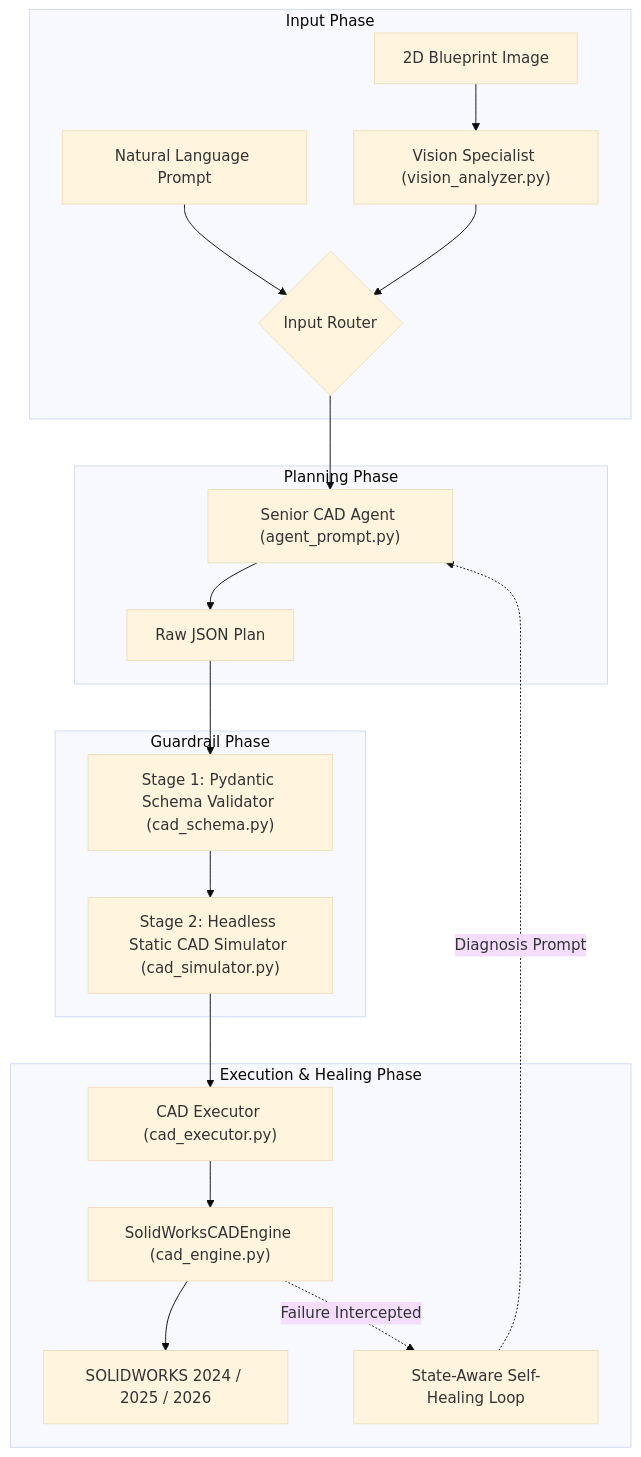
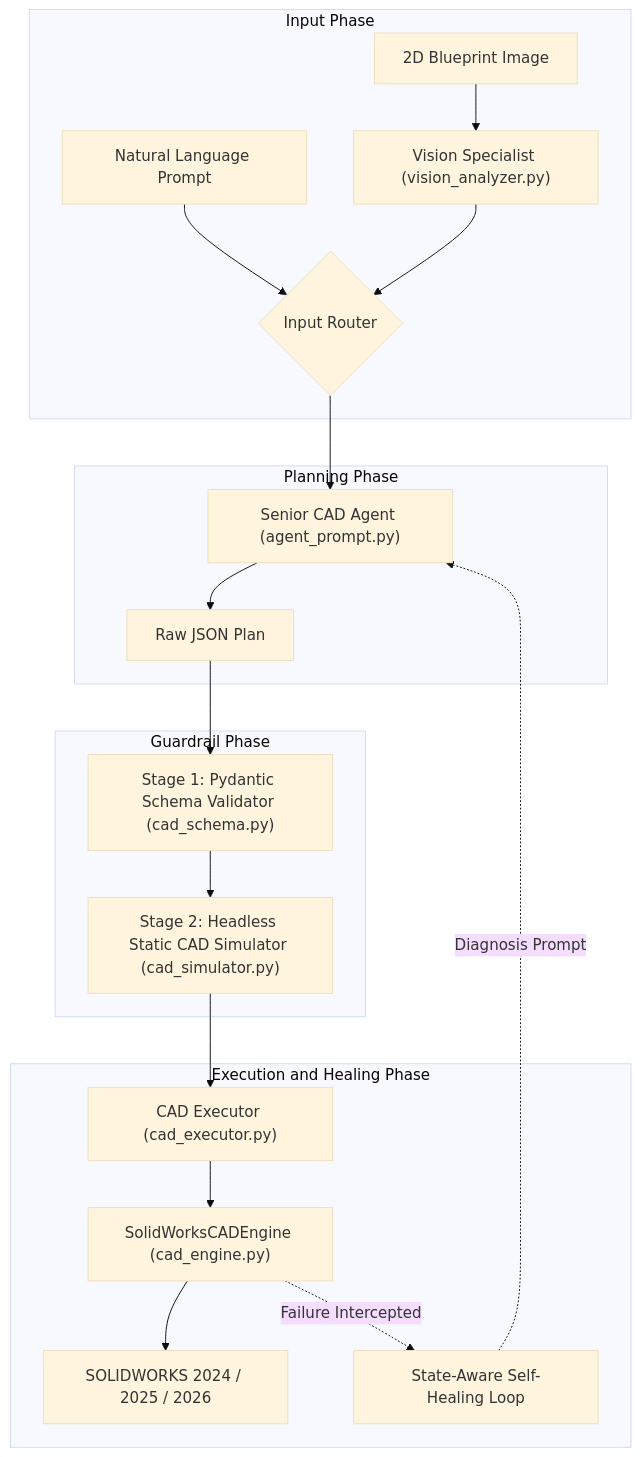
The diagram in ARCHITECTURE.md (ghosessx/SolidworksAi), drawn with Mermaid (base theme) before and after one commit. The commit also changed 1 other file, not shown here.

````diff
--- a/ARCHITECTURE.md
+++ b/ARCHITECTURE.md
@@ -23,26 +23,26 @@
 ```mermaid
 flowchart TD
-    subgraph Input Phase
+    subgraph SG_IN ["Input Phase"]
         Prompt["Natural Language Prompt"] --> InputRouter{"Input Router"}
         Drawing["2D Blueprint Image"] --> Vision["Vision Specialist (vision_analyzer.py)"]
         Vision --> InputRouter
     end
 
-    subgraph Planning Phase
+    subgraph SG_PLAN ["Planning Phase"]
         InputRouter --> LLM["Senior CAD Agent (agent_prompt.py)"]
         LLM --> RawPlan["Raw JSON Plan"]
     end
 
-    subgraph Guardrail Phase
+    subgraph SG_GUARD ["Guardrail Phase"]
         RawPlan --> Stage1["Stage 1: Pydantic Schema Validator (cad_schema.py)"]
         Stage1 --> Stage2["Stage 2: Headless Static CAD Simulator (cad_simulator.py)"]
     end
 
-    subgraph Execution & Healing Phase
+    subgraph SG_EXEC ["Execution and Healing Phase"]
         Stage2 --> Executor["CAD Executor (cad_executor.py)"]
         Executor --> LiveEngine["SolidWorksCADEngine (cad_engine.py)"]
         LiveEngine --> SW["SOLIDWORKS 2024 / 2025 / 2026"]
         LiveEngine -.->|Failure Intercepted| SelfHealing["State-Aware Self-Healing Loop"]
         SelfHealing -.->|Diagnosis Prompt| LLM
     end
 ```
````
